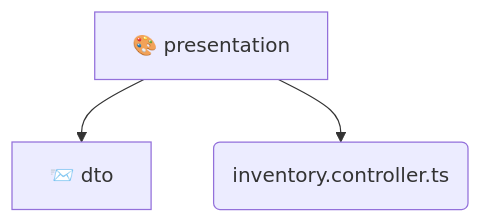
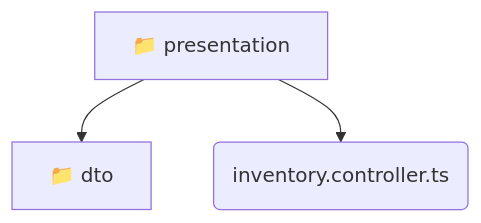
One commit to beginwebdev2002/fullstack-mavluda changed the diagram in backend/src/modules/inventory/presentation/README.md. Above: the diagram before and after it, drawn with Mermaid. The commit also changed other lines of this file and 155 other files, not shown here.

````diff
--- a/backend/src/modules/inventory/presentation/README.md
+++ b/backend/src/modules/inventory/presentation/README.md
@@ -9,6 +9,6 @@
 ```mermaid
 graph TD
-  presentation[🎨 presentation]
-  presentation --> dto[📨 dto]
-  presentation --> inventory_controller_ts(inventory.controller.ts)
+  presentation[📁 presentation]
+  presentation --> presentation_dto[📁 dto]
+  presentation --> presentation_inventory_controller_ts(inventory.controller.ts)
 ```
````
